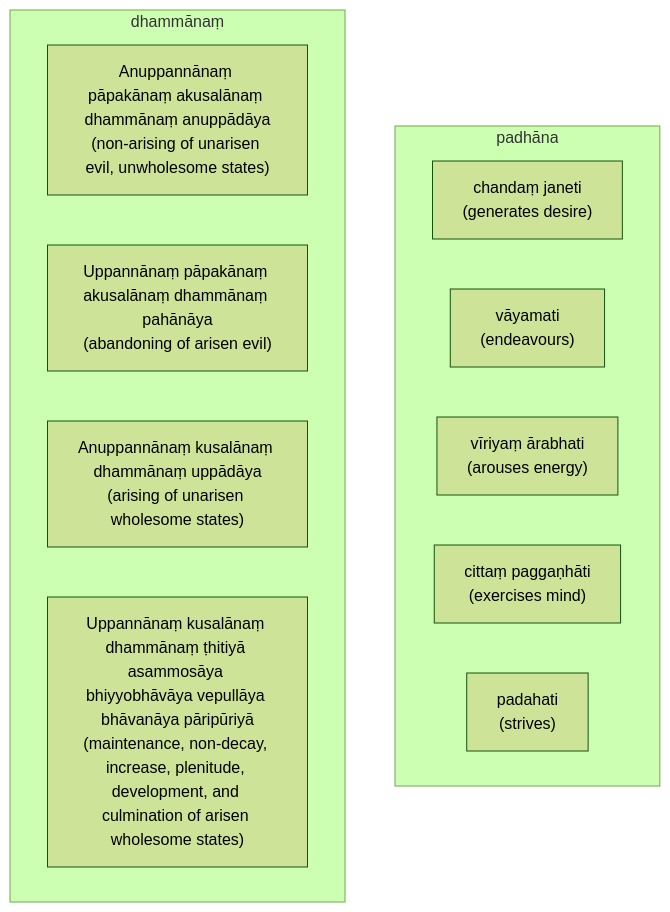
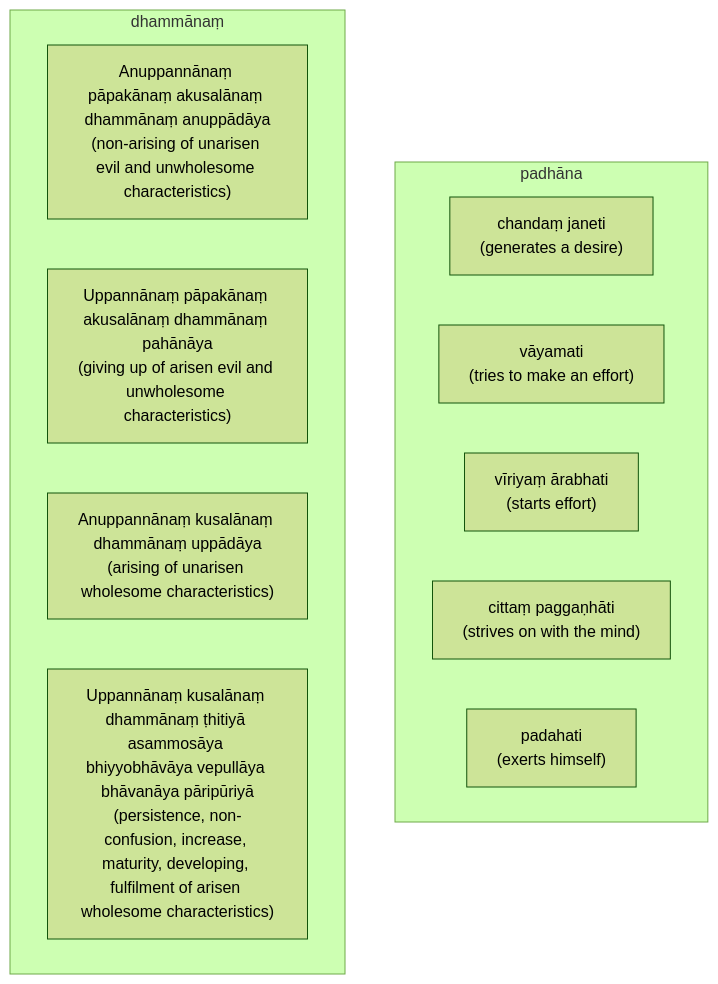
Before and after one commit to ChristineTham/buddhavacana: the diagram in src/content/docs/Sutta/exertions.mdx, drawn with Mermaid (forest theme). The commit also changed other lines of this file, not shown here.

First line of the commit message:
fix(content): sutta/exertions aligned with the bonus chapter's right-effort formula and checked with kavi

````diff
--- a/src/content/docs/Sutta/exertions.mdx
+++ b/src/content/docs/Sutta/exertions.mdx
@@ -38,25 +37,25 @@
 ```mermaid
 graph
   subgraph E["`padhāna`"]
     E1["`chandaṃ janeti
-    (generates desire)`"]
+    (generates a desire)`"]
     E2["`vāyamati
-    (endeavours)`"]
+    (tries to make an effort)`"]
     E3["`vīriyaṃ ārabhati
-    (arouses energy)`"]
+    (starts effort)`"]
     E4["`cittaṃ paggaṇhāti
-    (exercises mind)`"]
+    (strives on with the mind)`"]
     E5["`padahati
-    (strives)`"]
+    (exerts himself)`"]
   end
   subgraph S["`dhammānaṃ`"]
     S1["`Anuppannānaṃ pāpakānaṃ akusalānaṃ dhammānaṃ anuppādāya
-    (non-arising of unarisen evil, unwholesome states)`"]
+    (non-arising of unarisen evil and unwholesome characteristics)`"]
     S2["`Uppannānaṃ pāpakānaṃ akusalānaṃ dhammānaṃ pahānāya
-    (abandoning of arisen evil)`"]
+    (giving up of arisen evil and unwholesome characteristics)`"]
     S3["`Anuppannānaṃ kusalānaṃ dhammānaṃ uppādāya
-    (arising of unarisen wholesome states)`"]
+    (arising of unarisen wholesome characteristics)`"]
     S4["`Uppannānaṃ kusalānaṃ dhammānaṃ ṭhitiyā asammosāya bhiyyobhāvāya vepullāya bhāvanāya pāripūriyā
-    (maintenance, non-decay, increase, plenitude, development, and culmination of arisen wholesome states)`"]
+    (persistence, non-confusion, increase, maturity, developing, fulfilment of arisen wholesome characteristics)`"]
   end
 ```
````
